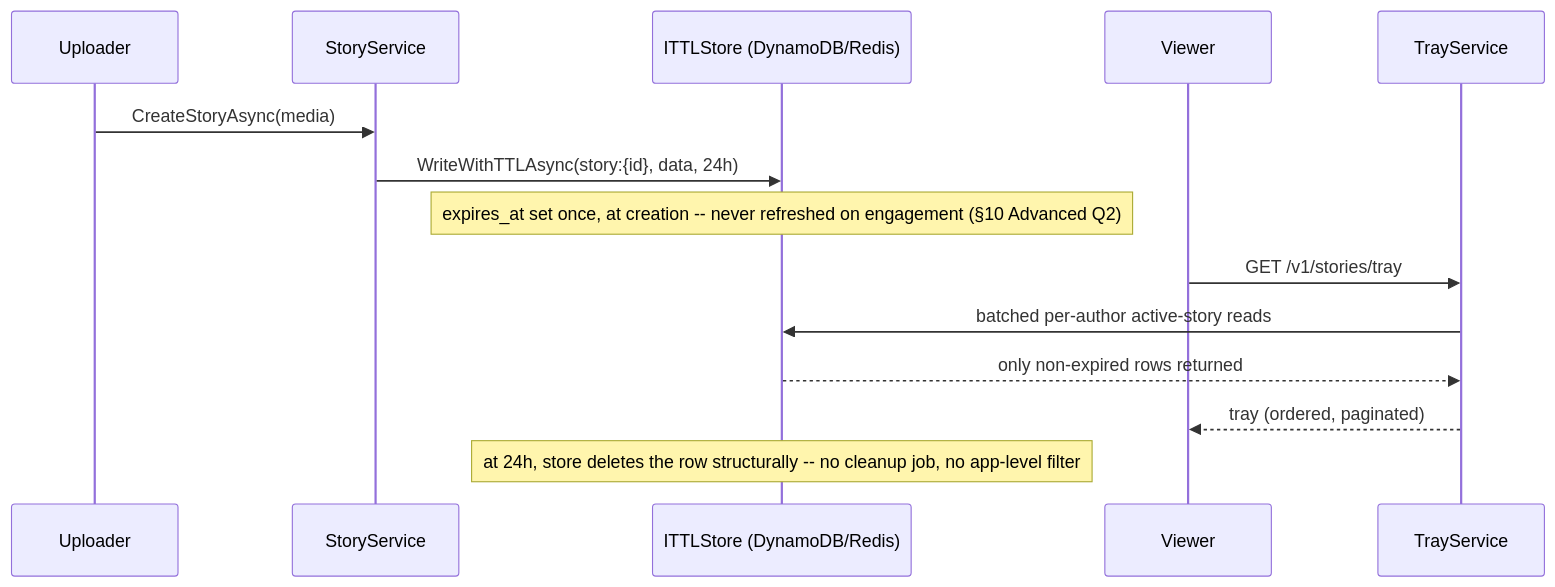
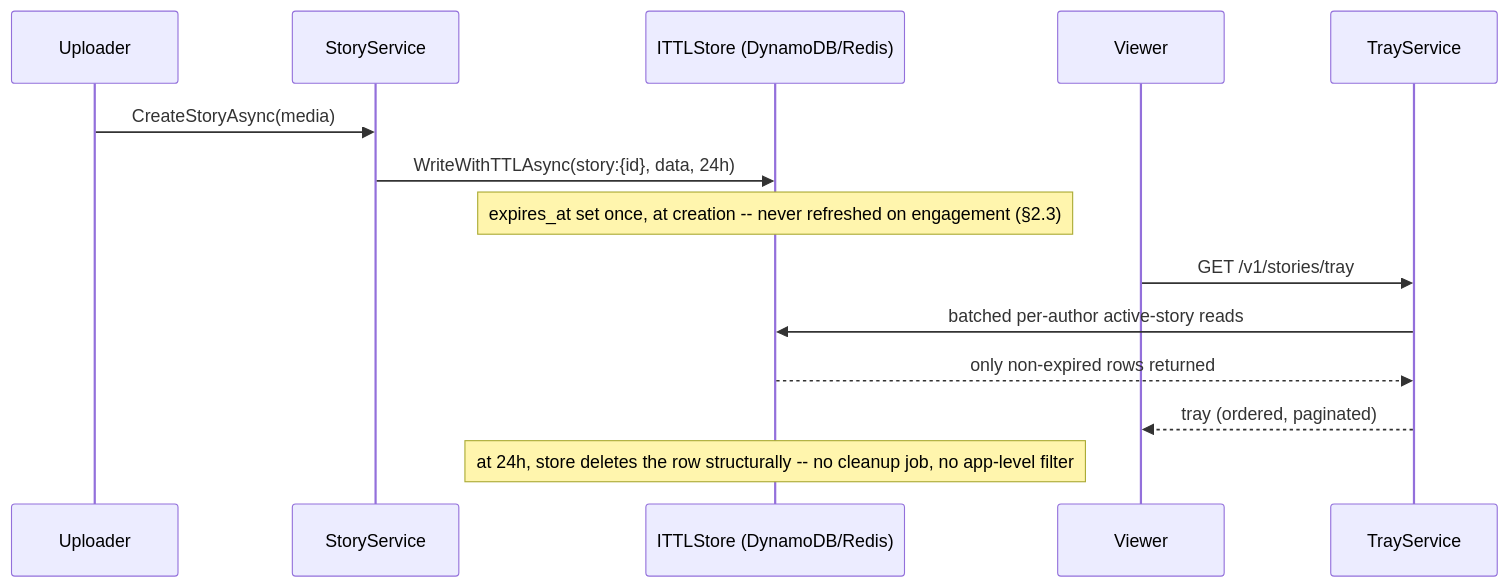
One commit to umashankarp/InterviewQuestions changed the fourth of 4 diagrams in 14-System-Design/06-Designing-Instagram.md. Above: the diagram before and after it, drawn with Mermaid. The commit also changed other lines of this file and 23 other files, not shown here.

````diff
--- a/14-System-Design/06-Designing-Instagram.md
+++ b/14-System-Design/06-Designing-Instagram.md
@@ -626,17 +692,17 @@
 ```mermaid
 sequenceDiagram
     participant U as Uploader
     participant SS as StoryService
     participant TS as ITTLStore (DynamoDB/Redis)
     participant V as Viewer
     participant T as TrayService
 
     U->>SS: CreateStoryAsync(media)
     SS->>TS: WriteWithTTLAsync(story:{id}, data, 24h)
-    Note over TS: expires_at set once, at creation -- never refreshed on engagement (§10 Advanced Q2)
+    Note over TS: expires_at set once, at creation -- never refreshed on engagement (§2.3)
     V->>T: GET /v1/stories/tray
     T->>TS: batched per-author active-story reads
     TS-->>T: only non-expired rows returned
     T-->>V: tray (ordered, paginated)
     Note over TS: at 24h, store deletes the row structurally -- no cleanup job, no app-level filter
 ```
````
